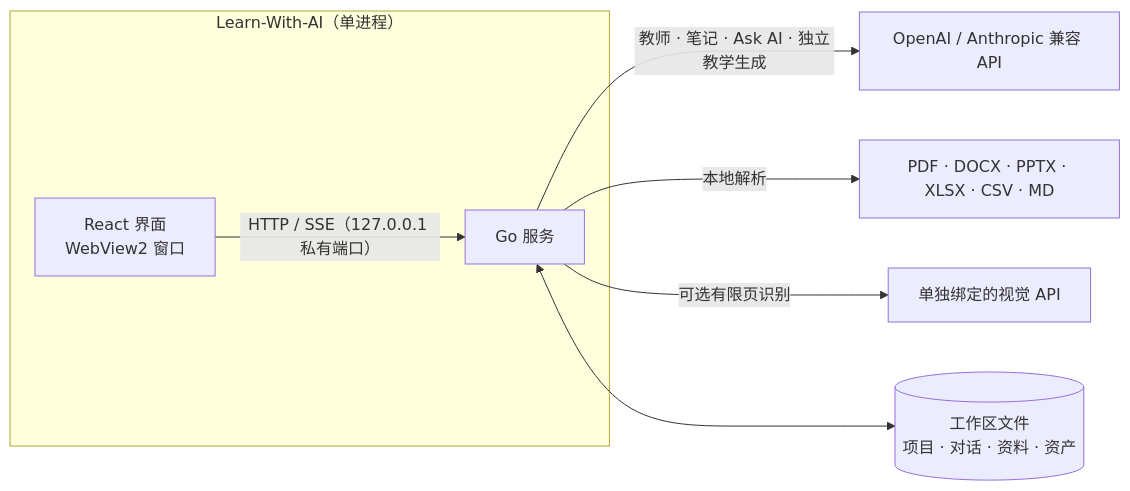
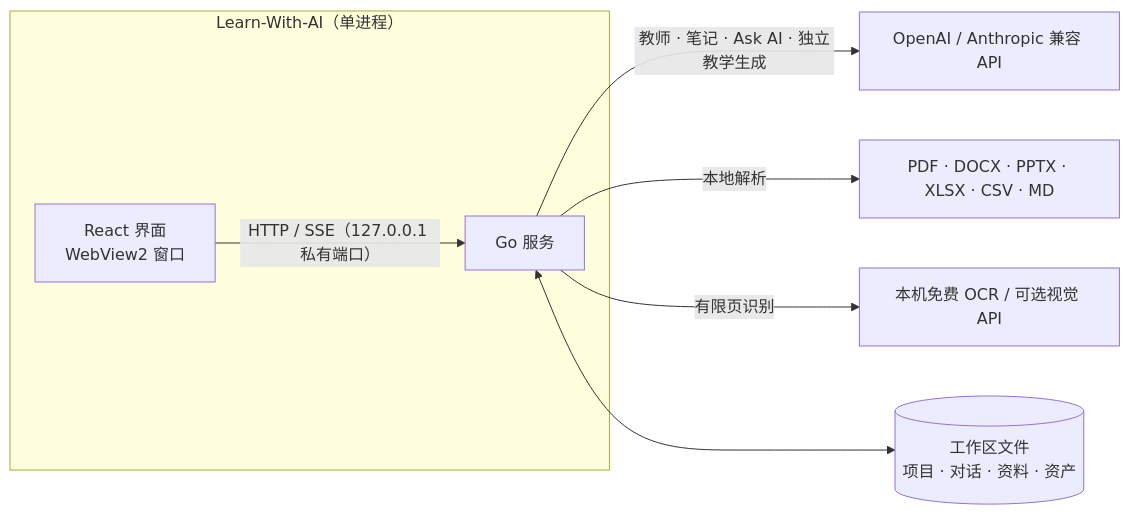
One commit to porridgeowefish/LLL_life_long_learn changed the diagram in README.md. Above: the diagram before and after it, drawn with Mermaid. The commit also changed other lines of this file and 32 other files, not shown here.

````diff
--- a/README.md
+++ b/README.md
@@ -116,10 +116,10 @@
 ```mermaid
 flowchart LR
   subgraph App["Learn-With-AI（单进程）"]
     UI["React 界面<br/>WebView2 窗口"] -- "HTTP / SSE（127.0.0.1 私有端口）" --> Go["Go 服务"]
   end
   Go -- "教师 · 笔记 · Ask AI · 独立教学生成" --> LLM["OpenAI / Anthropic 兼容 API"]
   Go -- "本地解析" --> Parser["PDF · DOCX · PPTX · XLSX · CSV · MD"]
-  Go -- "可选有限页识别" --> Vision["单独绑定的视觉 API"]
+  Go -- "有限页识别" --> Vision["本机免费 OCR / 可选视觉 API"]
   Go <--> FS[("工作区文件<br/>项目 · 对话 · 资料 · 资产")]
 ```
````
